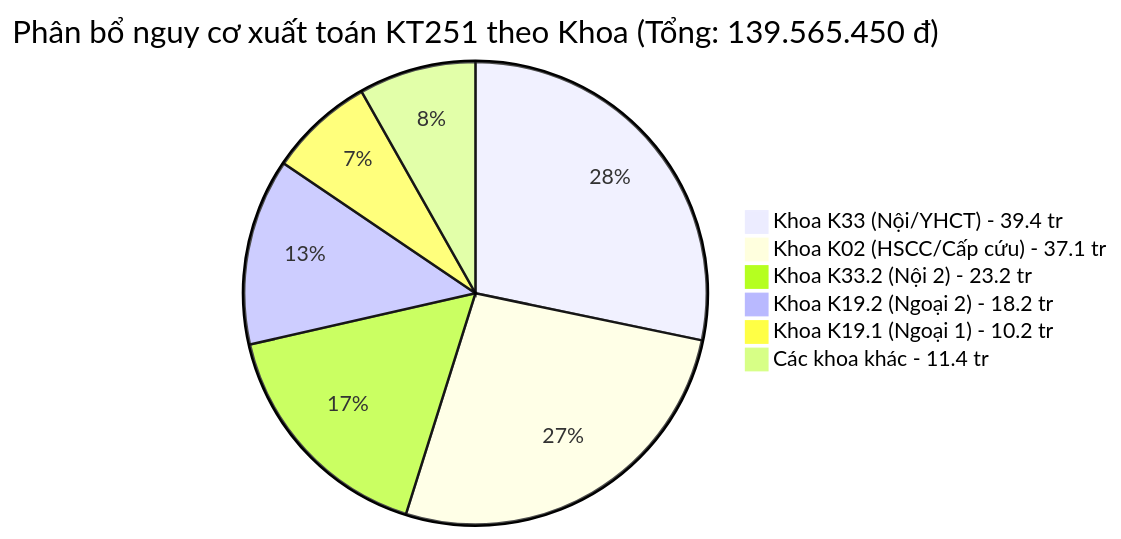
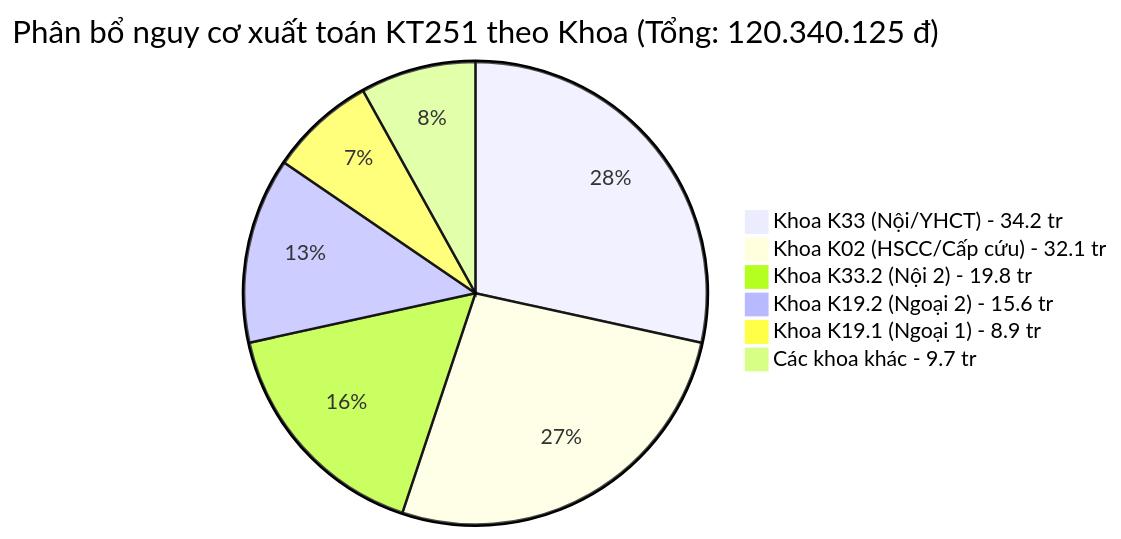
One commit to Nsnnam/xml3-duration-checker changed the first of 2 diagrams in BAO_CAO_RA_SOAT_TIEN_GIUONG_VA_GIUONG_GHEP_T11_2026.md. Above: the diagram before and after it, drawn with Mermaid. The commit also changed other lines of this file and 32 other files, not shown here.

````diff
--- a/BAO_CAO_RA_SOAT_TIEN_GIUONG_VA_GIUONG_GHEP_T11_2026.md
+++ b/BAO_CAO_RA_SOAT_TIEN_GIUONG_VA_GIUONG_GHEP_T11_2026.md
@@ -57,9 +98,9 @@
 ```mermaid
-pie title Phân bổ nguy cơ xuất toán KT251 theo Khoa (Tổng: 139.565.450 đ)
-    "Khoa K33 (Nội/YHCT) - 39.4 tr": 39.45
-    "Khoa K02 (HSCC/Cấp cứu) - 37.1 tr": 37.11
-    "Khoa K33.2 (Nội 2) - 23.2 tr": 23.15
-    "Khoa K19.2 (Ngoại 2) - 18.2 tr": 18.19
-    "Khoa K19.1 (Ngoại 1) - 10.2 tr": 10.25
-    "Các khoa khác - 11.4 tr": 11.42
+pie title Phân bổ nguy cơ xuất toán KT251 theo Khoa (Tổng: 120.340.125 đ)
+    "Khoa K33 (Nội/YHCT) - 34.2 tr": 34.2
+    "Khoa K02 (HSCC/Cấp cứu) - 32.1 tr": 32.1
+    "Khoa K33.2 (Nội 2) - 19.8 tr": 19.8
+    "Khoa K19.2 (Ngoại 2) - 15.6 tr": 15.6
+    "Khoa K19.1 (Ngoại 1) - 8.9 tr": 8.9
+    "Các khoa khác - 9.7 tr": 9.7
 ```
````
